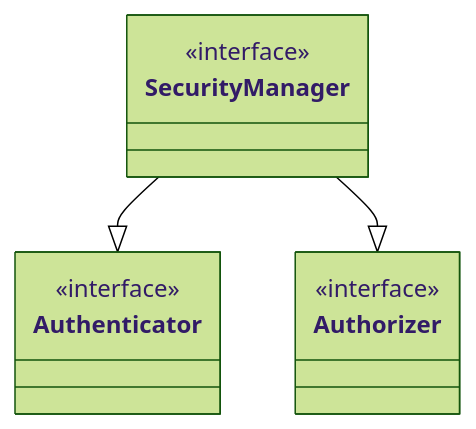
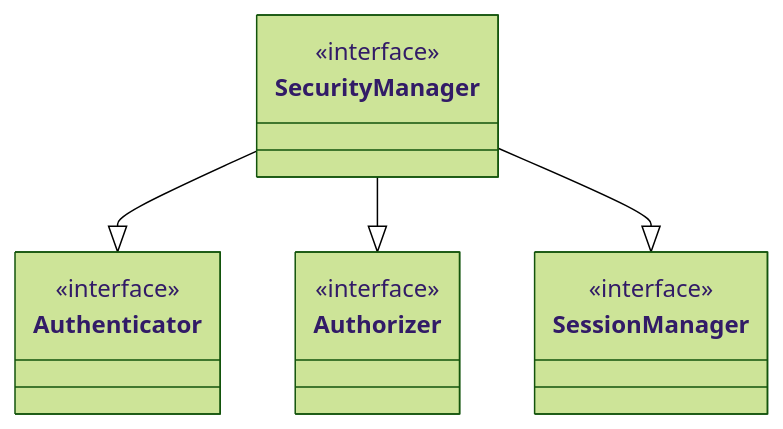
One commit to no-mole/diana-docs changed the diagram in docs/reference/shiro.md. Above: the diagram before and after it, drawn with Mermaid (forest theme). The commit also changed other lines of this file and 19 other files, not shown here.

````diff
--- a/docs/reference/shiro.md
+++ b/docs/reference/shiro.md
@@ -40,18 +40,22 @@
 ``` mermaid
 classDiagram
     class SecurityManager {
         <<interface>>
     }
 
     class Authenticator {
         <<interface>>
     }
 
     class Authorizer {
         <<interface>>
     }
 
+    class SessionManager {
+        <<interface>>
+    }
+
     SecurityManager --|> Authenticator
     SecurityManager --|> Authorizer
-
+    SecurityManager --|> SessionManager
 ```
````
